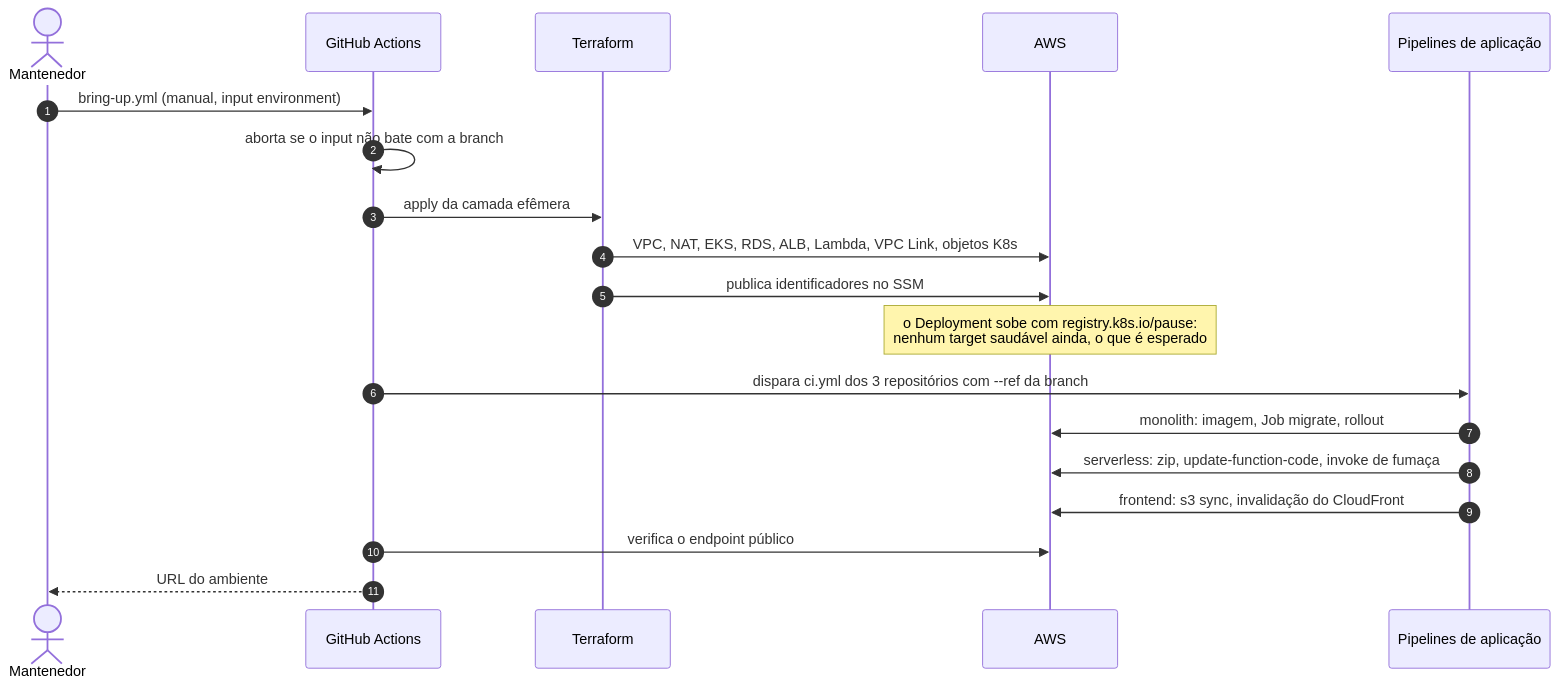
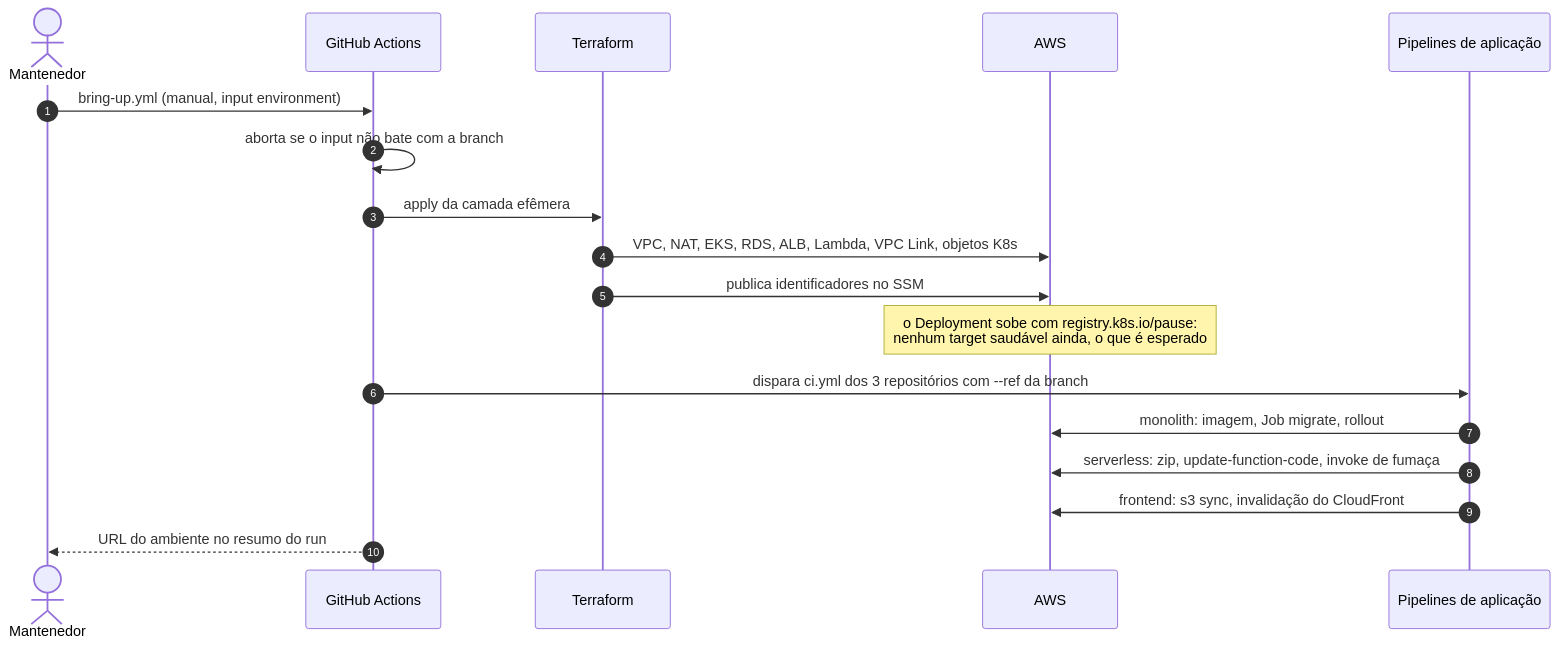
The second of 2 diagrams in docs/diagramas/implantacao.md (SOAT-15-Oficina/oficina-mecanica-infrastructure), drawn with Mermaid before and after one commit. The commit also changed 2 other files, not shown here.

First paragraph of the commit message:
Remove o job verify do bring-up
O job segurava o bring-up por 10 minutos (40 tentativas de 15s) e falhava com
os recursos efemeros no ar:

````diff
--- a/docs/diagramas/implantacao.md
+++ b/docs/diagramas/implantacao.md
@@ -81,22 +81,21 @@
 ```mermaid
 sequenceDiagram
     autonumber
     actor DEV as Mantenedor
     participant GHA as GitHub Actions
     participant TF as Terraform
     participant AWS as AWS
     participant APP as Pipelines de aplicação
 
     DEV->>GHA: bring-up.yml (manual, input environment)
     GHA->>GHA: aborta se o input não bate com a branch
     GHA->>TF: apply da camada efêmera
     TF->>AWS: VPC, NAT, EKS, RDS, ALB, Lambda, VPC Link, objetos K8s
     TF->>AWS: publica identificadores no SSM
     Note over AWS: o Deployment sobe com registry.k8s.io/pause:<br/>nenhum target saudável ainda, o que é esperado
     GHA->>APP: dispara ci.yml dos 3 repositórios com --ref da branch
     APP->>AWS: monolith: imagem, Job migrate, rollout
     APP->>AWS: serverless: zip, update-function-code, invoke de fumaça
     APP->>AWS: frontend: s3 sync, invalidação do CloudFront
-    GHA->>AWS: verifica o endpoint público
-    GHA-->>DEV: URL do ambiente
+    GHA-->>DEV: URL do ambiente no resumo do run
 ```
````
